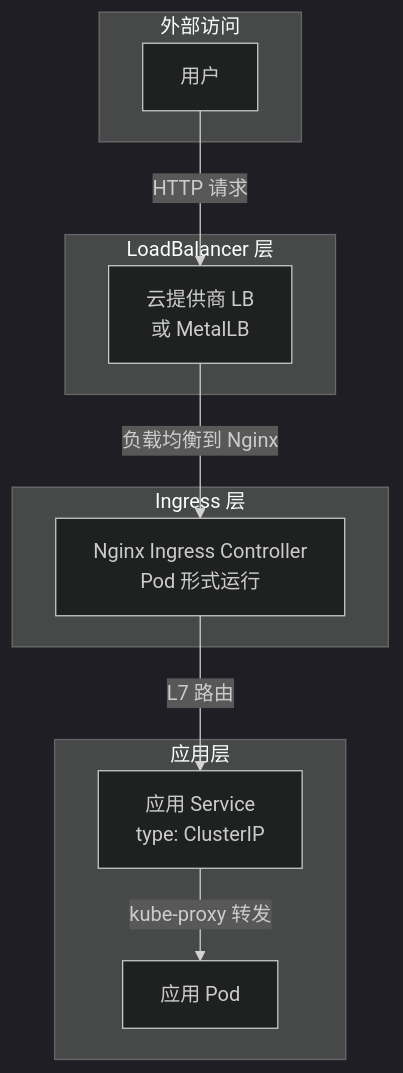
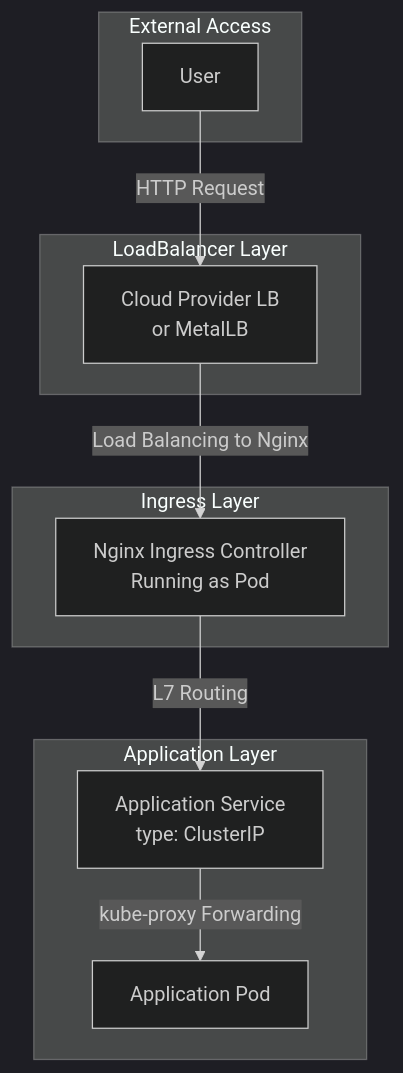
Before and after one commit to liweinan/deepseek-answers: the eighth of 8 diagrams in files/k8s-lb.md, drawn with Mermaid (dark theme). The commit also changed other lines of this file and 135 other files, not shown here.

````diff
--- a/files/k8s-lb.md
+++ b/files/k8s-lb.md
@@ -770,24 +776,24 @@
 ```mermaid
 graph TD
-    subgraph External["外部访问"]
-        User["用户"]
+    subgraph External["External Access"]
+        User["User"]
     end
     
-    subgraph LB["LoadBalancer 层"]
-        CloudLB["云提供商 LB<br/>或 MetalLB"]
+    subgraph LB["LoadBalancer Layer"]
+        CloudLB["Cloud Provider LB<br/>or MetalLB"]
     end
     
-    subgraph Ingress["Ingress 层"]
-        NginxController["Nginx Ingress Controller<br/>Pod 形式运行"]
+    subgraph Ingress["Ingress Layer"]
+        NginxController["Nginx Ingress Controller<br/>Running as Pod"]
     end
     
-    subgraph App["应用层"]
-        AppService["应用 Service<br/>type: ClusterIP"]
-        AppPod["应用 Pod"]
+    subgraph App["Application Layer"]
+        AppService["Application Service<br/>type: ClusterIP"]
+        AppPod["Application Pod"]
     end
     
-    User -->|HTTP 请求| CloudLB
-    CloudLB -->|负载均衡到 Nginx| NginxController
-    NginxController -->|L7 路由| AppService
-    AppService -->|kube-proxy 转发| AppPod
+    User -->|HTTP Request| CloudLB
+    CloudLB -->|Load Balancing to Nginx| NginxController
+    NginxController -->|L7 Routing| AppService
+    AppService -->|kube-proxy Forwarding| AppPod
 ```
````
